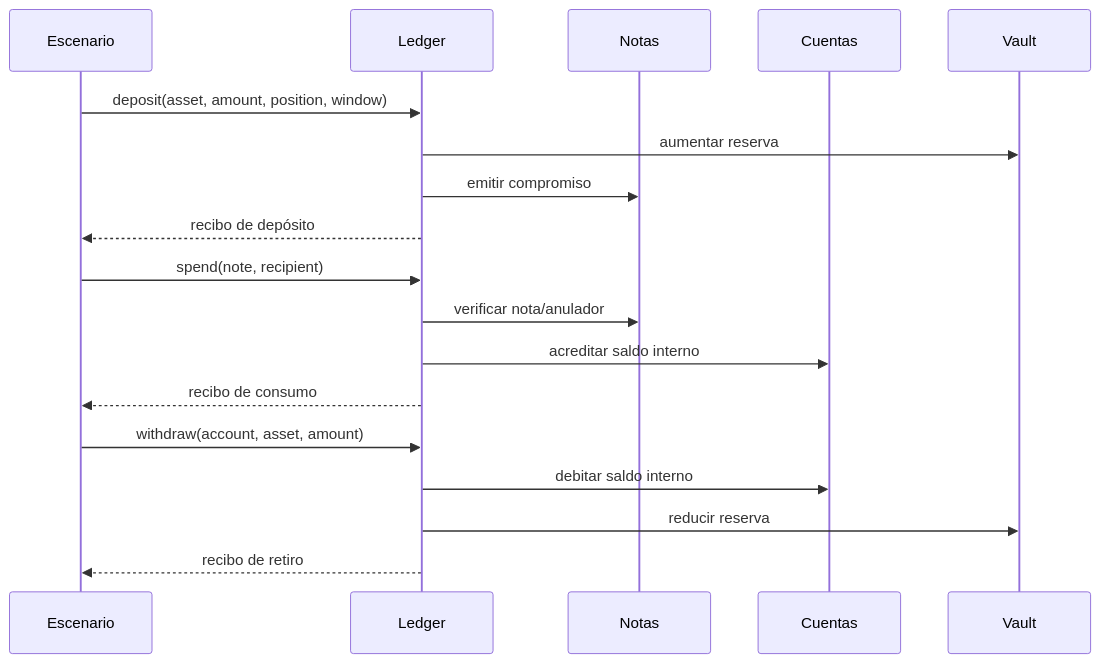
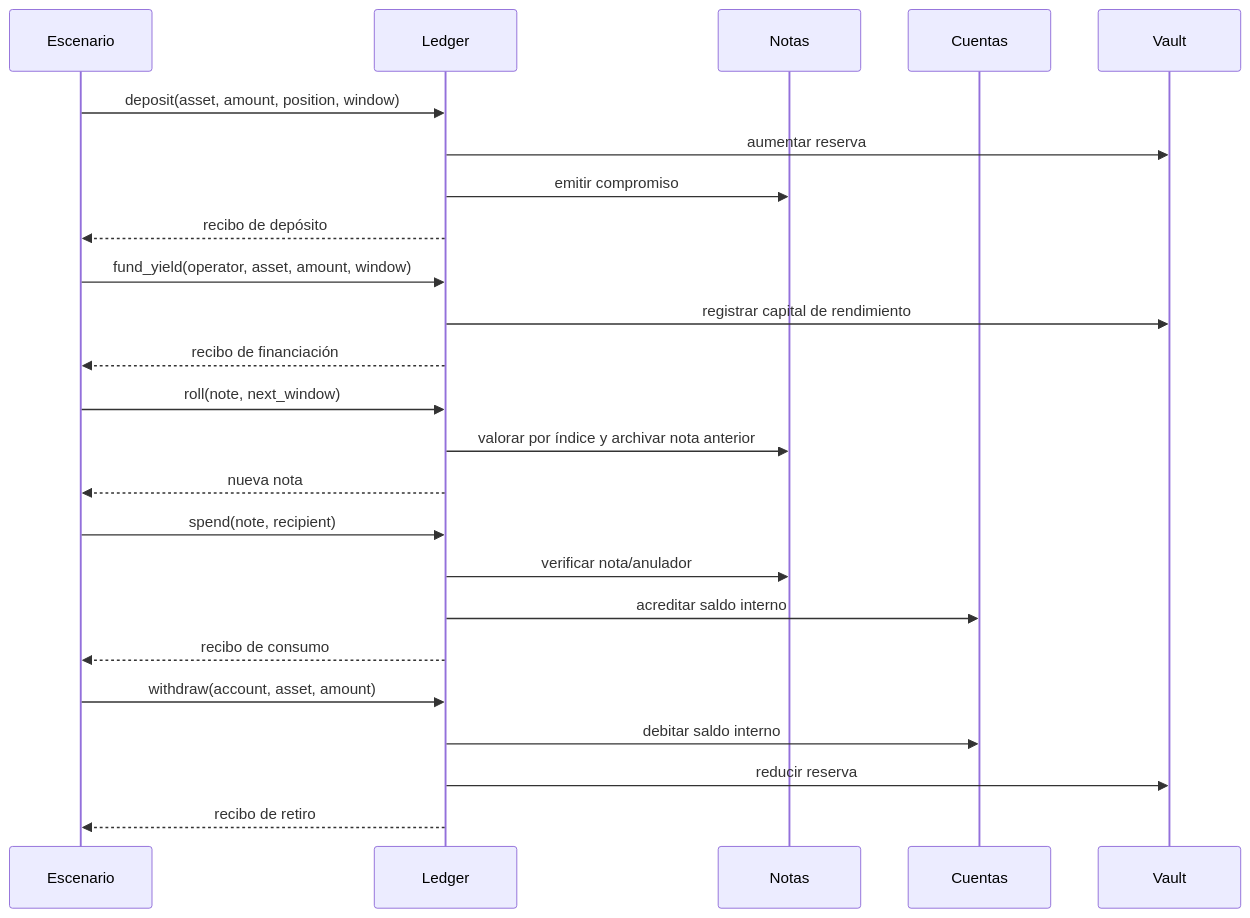
Before and after one commit to SolguardLabs/NocturneDTL: the diagram in docs/arquitectura.md, drawn with Mermaid. The commit also changed other lines of this file and 25 other files, not shown here.

````diff
--- a/docs/arquitectura.md
+++ b/docs/arquitectura.md
@@ -5,20 +5,26 @@
 ```mermaid
 sequenceDiagram
     participant U as Escenario
     participant L as Ledger
     participant P as Notas
     participant A as Cuentas
     participant V as Vault
     U->>L: deposit(asset, amount, position, window)
     L->>V: aumentar reserva
     L->>P: emitir compromiso
     L-->>U: recibo de depósito
+    U->>L: fund_yield(operator, asset, amount, window)
+    L->>V: registrar capital de rendimiento
+    L-->>U: recibo de financiación
+    U->>L: roll(note, next_window)
+    L->>P: valorar por índice y archivar nota anterior
+    L-->>U: nueva nota
     U->>L: spend(note, recipient)
     L->>P: verificar nota/anulador
     L->>A: acreditar saldo interno
     L-->>U: recibo de consumo
     U->>L: withdraw(account, asset, amount)
     L->>A: debitar saldo interno
     L->>V: reducir reserva
     L-->>U: recibo de retiro
 ```
````
